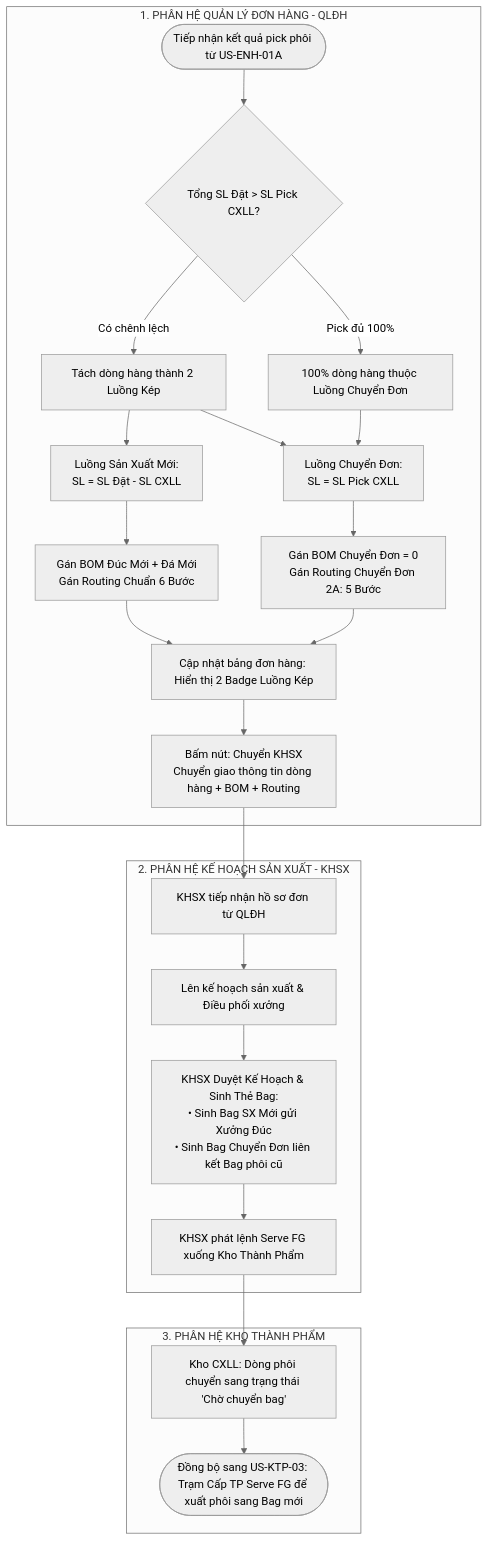
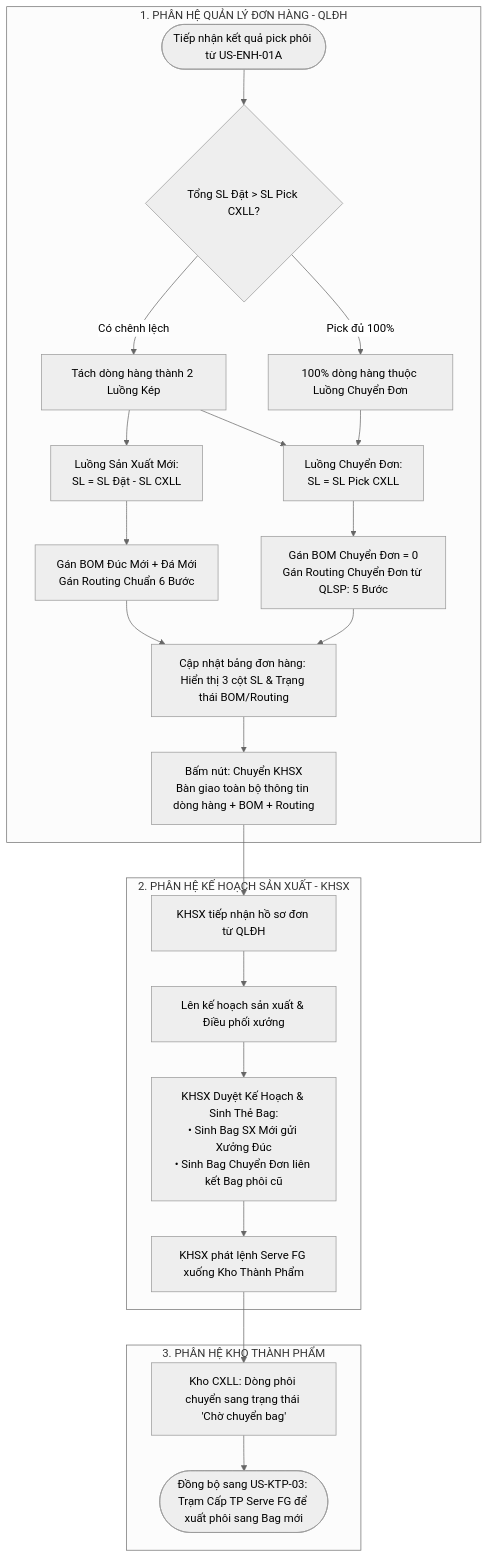
Before and after one commit to midumidu1213-collab/order-prototype: the diagram in docs/user-stories/US-ENH-01B-gan-item-cxll-va-phan-tach-luong-routing.md, drawn with Mermaid (neutral theme). The commit also changed other lines of this file, not shown here.

Commit message:
docs: finalize US-ENH-01B with business rules, Data Dictionary alignment with Confluence UI, and QLSP routing mapping

````diff
--- a/docs/user-stories/US-ENH-01B-gan-item-cxll-va-phan-tach-luong-routing.md
+++ b/docs/user-stories/US-ENH-01B-gan-item-cxll-va-phan-tach-luong-routing.md
@@ -133,32 +123,32 @@
 ```mermaid
 flowchart TD
     subgraph SALES [1. PHÂN HỆ QUẢN LÝ ĐƠN HÀNG - QLĐH]
         Start([Tiếp nhận kết quả pick phôi từ US-ENH-01A]) --> CheckSplit{Tổng SL Đặt > SL Pick CXLL?}
         CheckSplit -- Có chênh lệch --> DualFlow[Tách dòng hàng thành 2 Luồng Kép]
         CheckSplit -- Pick đủ 100% --> SingleTransfer[100% dòng hàng thuộc Luồng Chuyển Đơn]
         
         DualFlow --> FlowNew[Luồng Sản Xuất Mới:<br>SL = SL Đặt - SL CXLL]
         FlowNew --> AssignStd[Gán BOM Đúc Mới + Đá Mới<br>Gán Routing Chuẩn 6 Bước]
         
         DualFlow --> FlowTransfer[Luồng Chuyển Đơn:<br>SL = SL Pick CXLL]
         SingleTransfer --> FlowTransfer
-        FlowTransfer --> AssignTransfer[Gán BOM Chuyển Đơn = 0<br>Gán Routing Chuyển Đơn 2A: 5 Bước]
+        FlowTransfer --> AssignTransfer[Gán BOM Chuyển Đơn = 0<br>Gán Routing Chuyển Đơn từ QLSP: 5 Bước]
         
-        AssignStd --> UpdateSOView[Cập nhật bảng đơn hàng: Hiển thị 2 Badge Luồng Kép]
+        AssignStd --> UpdateSOView[Cập nhật bảng đơn hàng: Hiển thị 3 cột SL & Trạng thái BOM/Routing]
         AssignTransfer --> UpdateSOView
         
-        UpdateSOView --> SendToKHSX[Bấm nút: Chuyển KHSX<br>Chuyển giao thông tin dòng hàng + BOM + Routing]
+        UpdateSOView --> SendToKHSX[Bấm nút: Chuyển KHSX<br>Bàn giao toàn bộ thông tin dòng hàng + BOM + Routing]
     end
 
     subgraph KHSX [2. PHÂN HỆ KẾ HOẠCH SẢN XUẤT - KHSX]
         SendToKHSX --> ReceiveKHSX[KHSX tiếp nhận hồ sơ đơn từ QLĐH]
         ReceiveKHSX --> PlanProduction[Lên kế hoạch sản xuất & Điều phối xưởng]
         PlanProduction --> ApproveAndGenBag[KHSX Duyệt Kế Hoạch & Sinh Thẻ Bag:<br>• Sinh Bag SX Mới gửi Xưởng Đúc<br>• Sinh Bag Chuyển Đơn liên kết Bag phôi cũ]
         ApproveAndGenBag --> PushServeFG[KHSX phát lệnh Serve FG xuống Kho Thành Phẩm]
     end
 
     subgraph WAREHOUSE [3. PHÂN HỆ KHO THÀNH PHẨM]
         PushServeFG --> UpdateCXLLStatus[Kho CXLL: Dòng phôi chuyển sang trạng thái 'Chờ chuyển bag']
         UpdateCXLLStatus --> EndServeFG([Đồng bộ sang US-KTP-03: Trạm Cấp TP Serve FG để xuất phôi sang Bag mới])
     end
 ```
````
